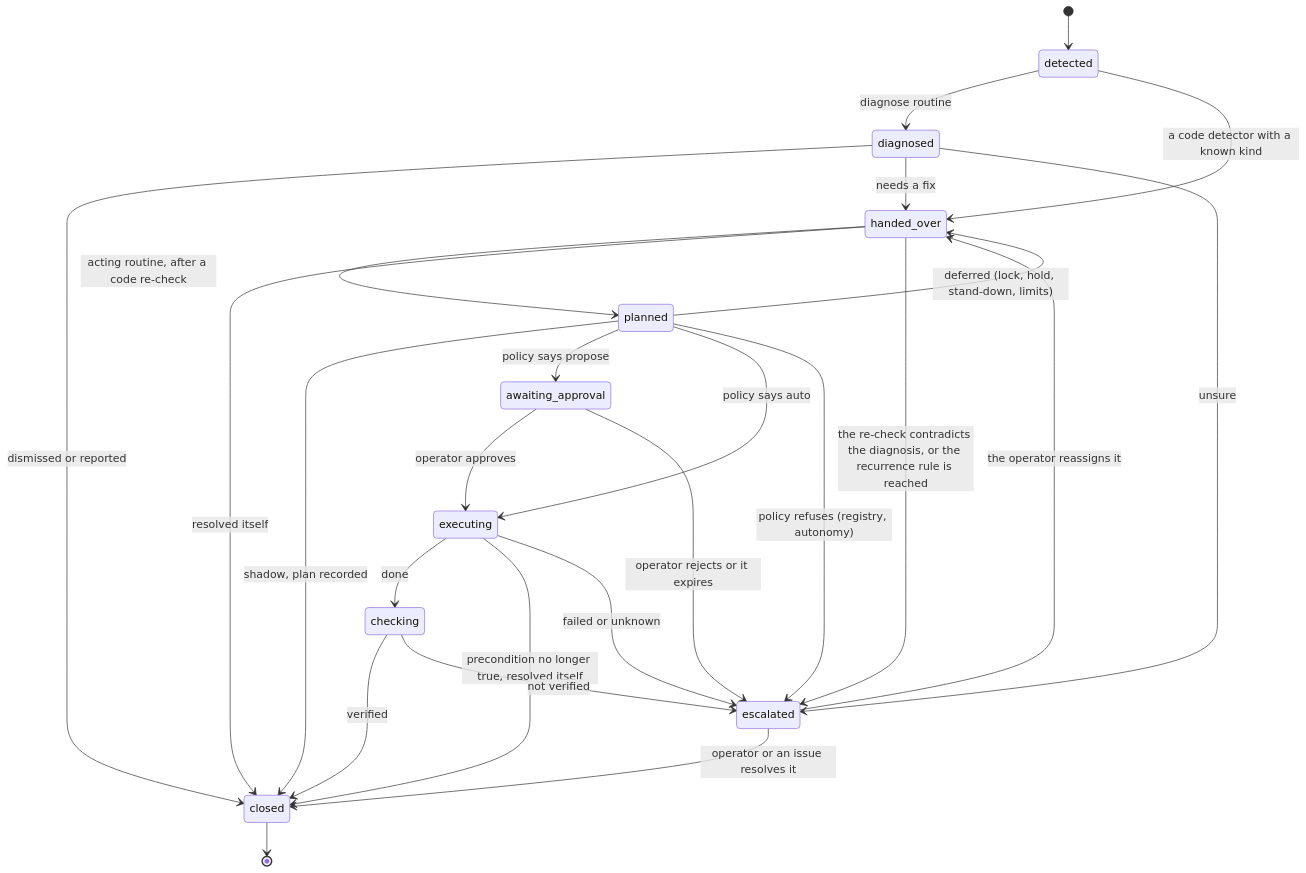
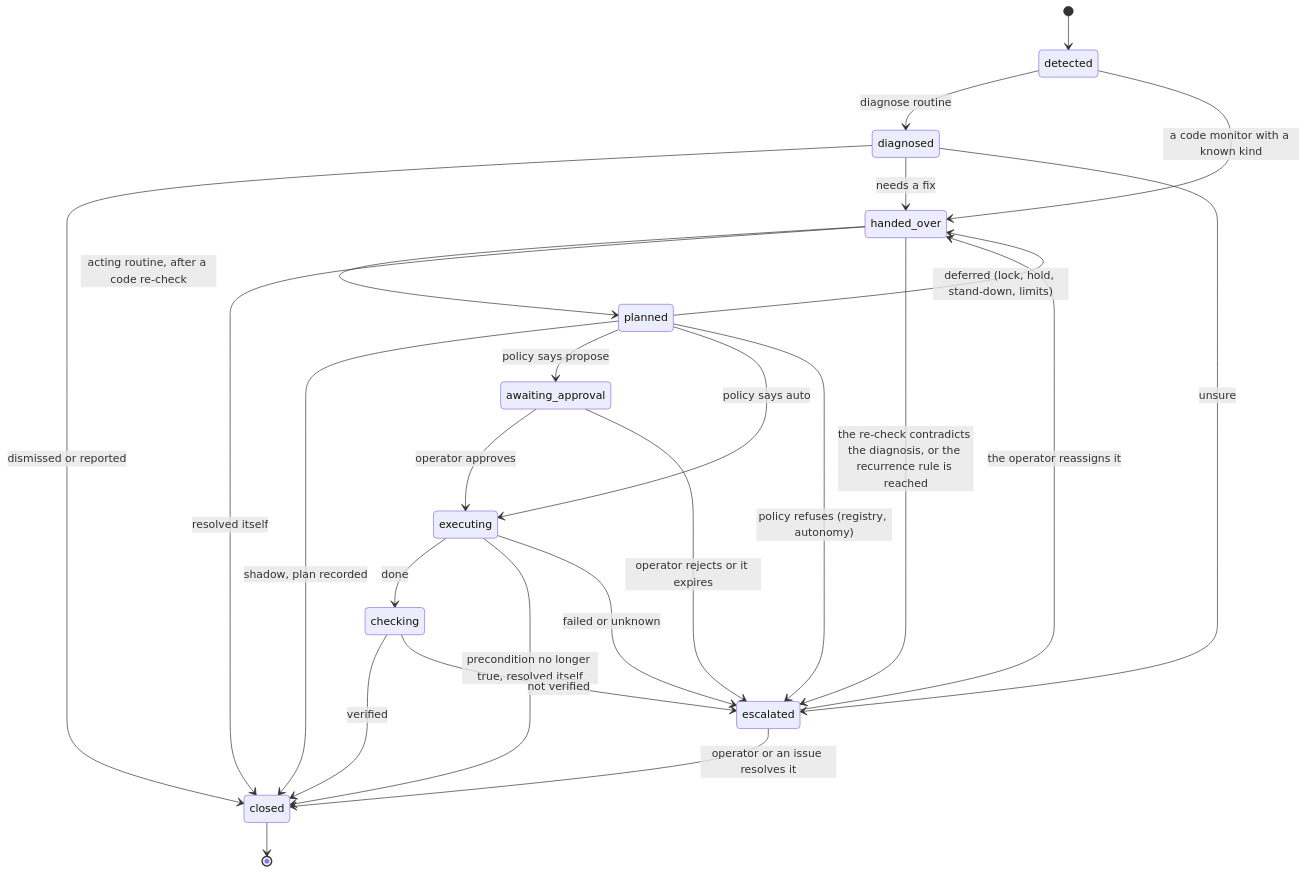
The diagram in docs/architecture/run-lifecycle.md (chipi/flotilla), drawn with Mermaid before and after one commit. The commit also changed other lines of this file and 2 other files, not shown here.

Commit message:
docs: "monitor" replaces "detector"
A monitor is a routine that watches a source and opens cases, by code or
with a model; "detect" stays the lifecycle step. The living docs used both
words for one thing (run-lifecycle.md, two lines apart); a vocabulary row
defines it. Nothing built used either word.

Claude-Session: https://claude.ai/code/session_014cvkLDhZiuT6G7yUUfGC4i

````diff
--- a/docs/architecture/run-lifecycle.md
+++ b/docs/architecture/run-lifecycle.md
@@ -11,27 +11,27 @@
 ```mermaid
 stateDiagram-v2
     [*] --> detected
     detected --> diagnosed: diagnose routine
-    detected --> handed_over: a code detector with a known kind
+    detected --> handed_over: a code monitor with a known kind
     diagnosed --> closed: dismissed or reported
     diagnosed --> handed_over: needs a fix
     diagnosed --> escalated: unsure
     handed_over --> planned: acting routine, after a code re-check
     handed_over --> closed: resolved itself
     handed_over --> escalated: the re-check contradicts the diagnosis, or the recurrence rule is reached
     planned --> closed: shadow, plan recorded
     planned --> awaiting_approval: policy says propose
     planned --> executing: policy says auto
     planned --> handed_over: deferred (lock, hold, stand-down, limits)
     planned --> escalated: policy refuses (registry, autonomy)
     awaiting_approval --> executing: operator approves
     awaiting_approval --> escalated: operator rejects or it expires
     executing --> checking: done
     executing --> closed: precondition no longer true, resolved itself
     executing --> escalated: failed or unknown
     checking --> closed: verified
     checking --> escalated: not verified
     escalated --> handed_over: the operator reassigns it
     escalated --> closed: operator or an issue resolves it
     closed --> [*]
 ```
````
